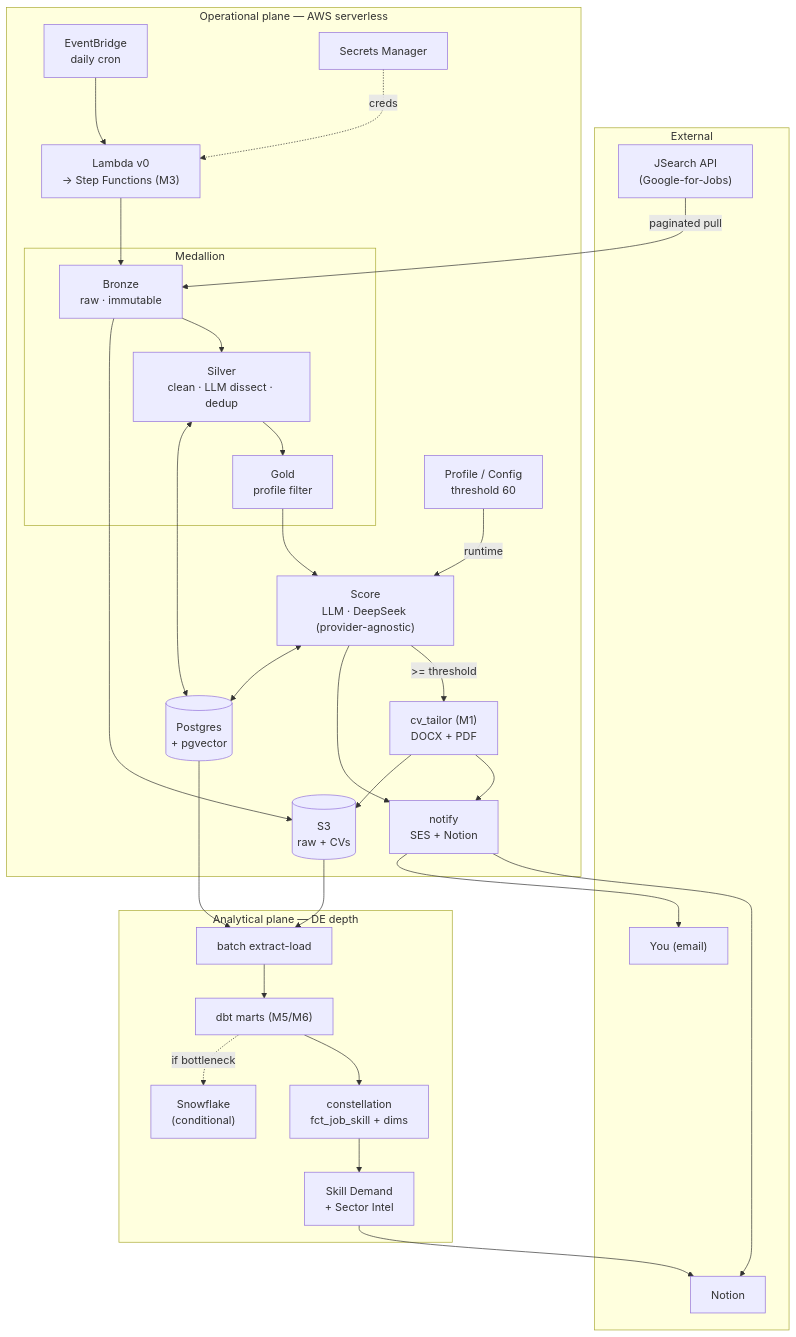
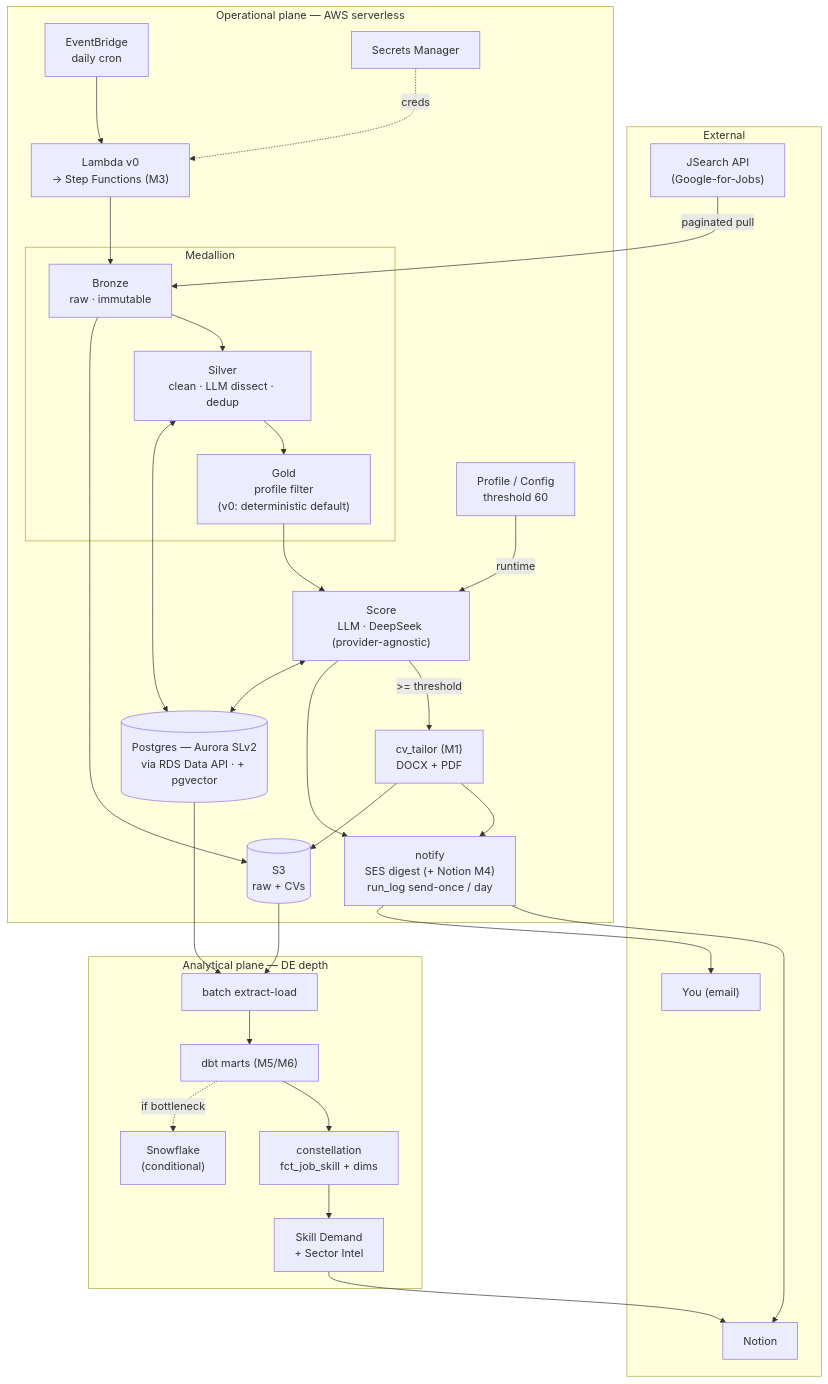
The first of 5 diagrams in docs/diagrams.md (tarigelamin1997/jobfetcher), drawn with Mermaid before and after one commit. The commit also changed other lines of this file and 12 other files, not shown here.

````diff
--- a/docs/diagrams.md
+++ b/docs/diagrams.md
@@ -13,46 +13,46 @@
 ```mermaid
 flowchart TB
   subgraph EXT["External"]
     JS["JSearch API<br/>(Google-for-Jobs)"]
     NO["Notion"]
     US["You (email)"]
   end
 
   subgraph OP["Operational plane — AWS serverless"]
     EB["EventBridge<br/>daily cron"] --> ORC["Lambda v0<br/>→ Step Functions (M3)"]
     subgraph MED["Medallion"]
       BR["Bronze<br/>raw · immutable"]
       SI["Silver<br/>clean · LLM dissect · dedup"]
-      GO["Gold<br/>profile filter"]
+      GO["Gold<br/>profile filter<br/>(v0: deterministic default)"]
     end
     ORC --> BR --> SI --> GO --> SC["Score<br/>LLM · DeepSeek (provider-agnostic)"]
     SC -->|">= threshold"| CV["cv_tailor (M1)<br/>DOCX + PDF"]
-    SC --> NT["notify<br/>SES + Notion"]
+    SC --> NT["notify<br/>SES digest (+ Notion M4)<br/>run_log send-once / day"]
     CV --> NT
-    PG[("Postgres<br/>+ pgvector")]
+    PG[("Postgres — Aurora SLv2<br/>via RDS Data API · + pgvector")]
     S3[("S3<br/>raw + CVs")]
     SM["Secrets Manager"]
     CF["Profile / Config<br/>threshold 60"]
   end
 
   subgraph AN["Analytical plane — DE depth"]
     EL["batch extract-load"] --> DBT["dbt marts (M5/M6)"]
     DBT --> MA["constellation<br/>fct_job_skill + dims"]
     MA --> IN["Skill Demand<br/>+ Sector Intel"]
     SNF["Snowflake<br/>(conditional)"]
   end
 
   JS -->|paginated pull| BR
   SI <--> PG
   SC <--> PG
   CF -->|runtime| SC
   SM -.->|creds| ORC
   BR --> S3
   CV --> S3
   NT --> NO
   NT --> US
   PG --> EL
   S3 --> EL
   IN --> NO
   DBT -.->|if bottleneck| SNF
 ```
````
